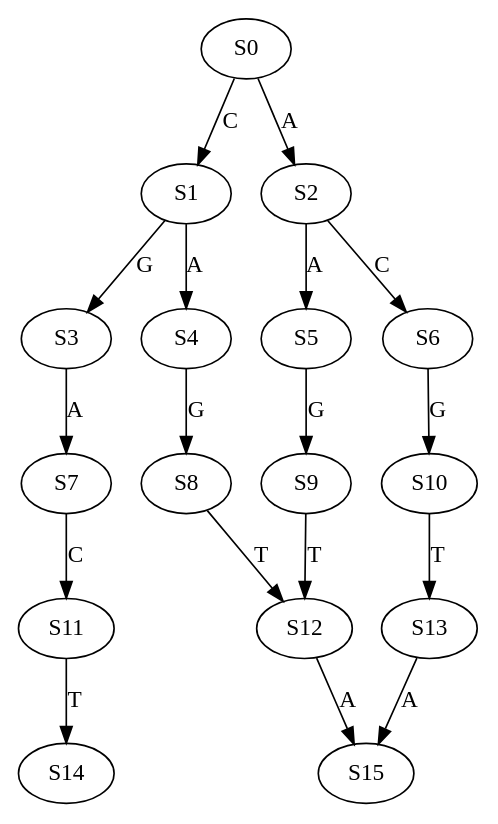
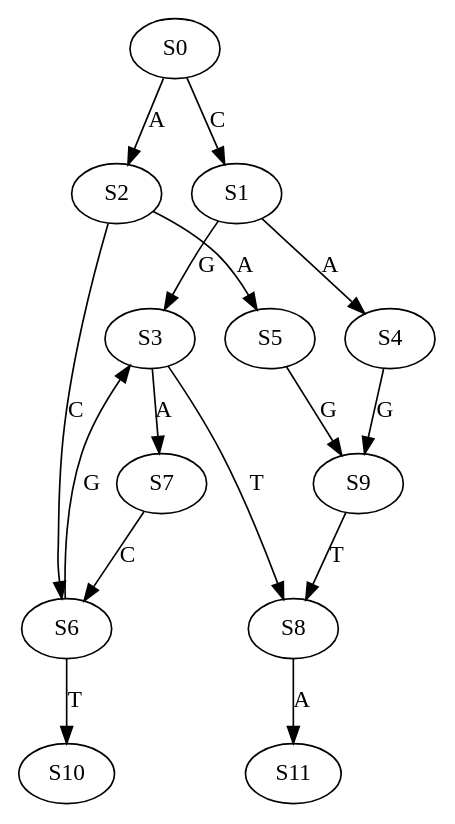
The diagram in data/graph/GT_vs_WGT/DeBruijnG_DNA/Human_SHLD2_orthologues_DNA_k_3_l_5_a_4.dot (Kuanhao-Chao/Wheeler_Graph_Toolkit), drawn with Graphviz before and after one commit. The commit also changed 1989 other files, not shown here.

Commit message:
Add non-collapsed De Bruijn Graph

```diff
--- a/data/graph/GT_vs_WGT/DeBruijnG_DNA/Human_SHLD2_orthologues_DNA_k_3_l_5_a_4.dot
+++ b/data/graph/GT_vs_WGT/DeBruijnG_DNA/Human_SHLD2_orthologues_DNA_k_3_l_5_a_4.dot
@@ -1,19 +1,17 @@
 strict digraph  {
 	S0 -> S1 [ label = C ];
 	S0 -> S2 [ label = A ];
 	S1 -> S3 [ label = G ];
 	S1 -> S4 [ label = A ];
 	S2 -> S5 [ label = A ];
 	S2 -> S6 [ label = C ];
 	S3 -> S7 [ label = A ];
-	S4 -> S8 [ label = G ];
+	S3 -> S8 [ label = T ];
+	S4 -> S9 [ label = G ];
 	S5 -> S9 [ label = G ];
-	S6 -> S10 [ label = G ];
-	S7 -> S11 [ label = C ];
-	S8 -> S12 [ label = T ];
-	S9 -> S12 [ label = T ];
-	S10 -> S13 [ label = T ];
-	S11 -> S14 [ label = T ];
-	S12 -> S15 [ label = A ];
-	S13 -> S15 [ label = A ];
+	S6 -> S10 [ label = T ];
+	S6 -> S3 [ label = G ];
+	S7 -> S6 [ label = C ];
+	S8 -> S11 [ label = A ];
+	S9 -> S8 [ label = T ];
 }
```
